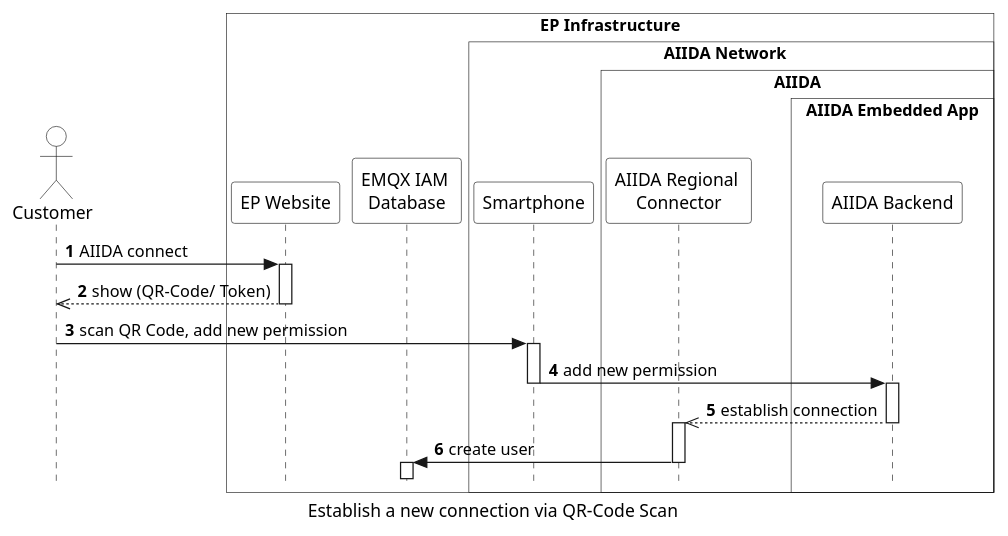
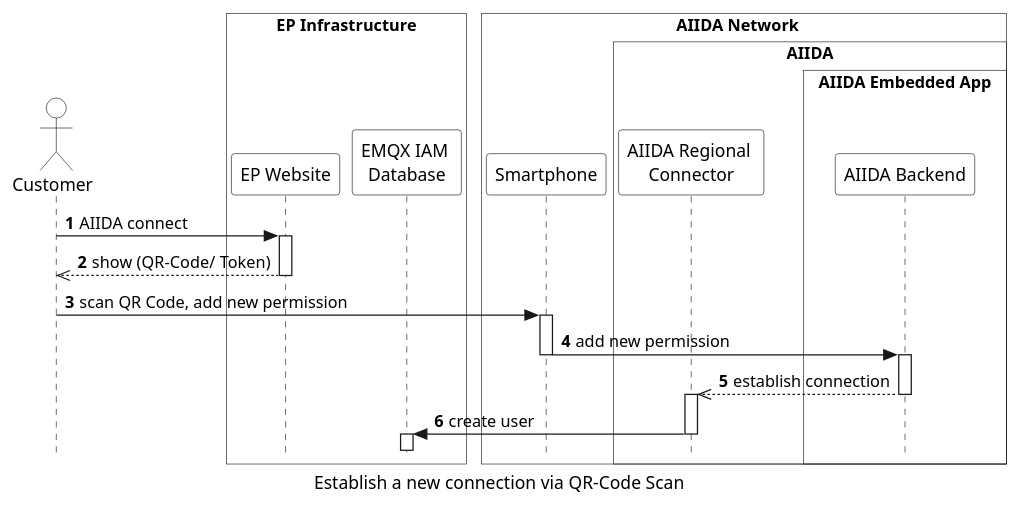
The diagram in arc42/aiida/runtime-view/figures/aiida_new_connection_qr.puml (eddie-energy/architecture), drawn with PlantUML before and after one commit. The commit also changed 8 other files, not shown here.

```diff
--- a/arc42/aiida/runtime-view/figures/aiida_new_connection_qr.puml
+++ b/arc42/aiida/runtime-view/figures/aiida_new_connection_qr.puml
@@ -1,50 +1,51 @@
 @startuml aiida_new_connection_qr
 'sequence diagram
 caption Establish a new connection via QR-Code Scan
 
 skinparam style strictuml
 skinparam sequence {
   ParticipantBackgroundColor transparent
   ActorBackgroundColor transparent
 }
 
 autonumber
 !pragma teoz true
 
 actor "Customer" as user
 box "EP Infrastructure" #transparent
   participant "EP Website" as website
   participant "EMQX IAM \nDatabase" as database
-    box "\tAIIDA Network\t\t"  #transparent
-    participant "Smartphone" as smartphone  
+end box
+box "\tAIIDA Network\t\t"  #transparent
+  participant "Smartphone" as smartphone  
     box "AIIDA" #transparent
     participant "AIIDA Regional \nConnector" as connector
        box "AIIDA Embedded App" #transparent
       participant "AIIDA Backend" as backend
     end box
   end box
-end box
+
 
 user -> website : AIIDA connect
 activate website
 
   website -->> user : show (QR-Code/ Token)
 deactivate website
 
 
   user -> smartphone : scan QR Code, add new permission
   activate smartphone
     smartphone -> backend : add new permission
     deactivate smartphone
     activate backend
     backend -->> connector : establish connection
     activate connector
     deactivate backend
     connector -> database : create user
     deactivate connector
     activate database
     deactivate database
   deactivate smartphone
 
 
 @enduml
```
